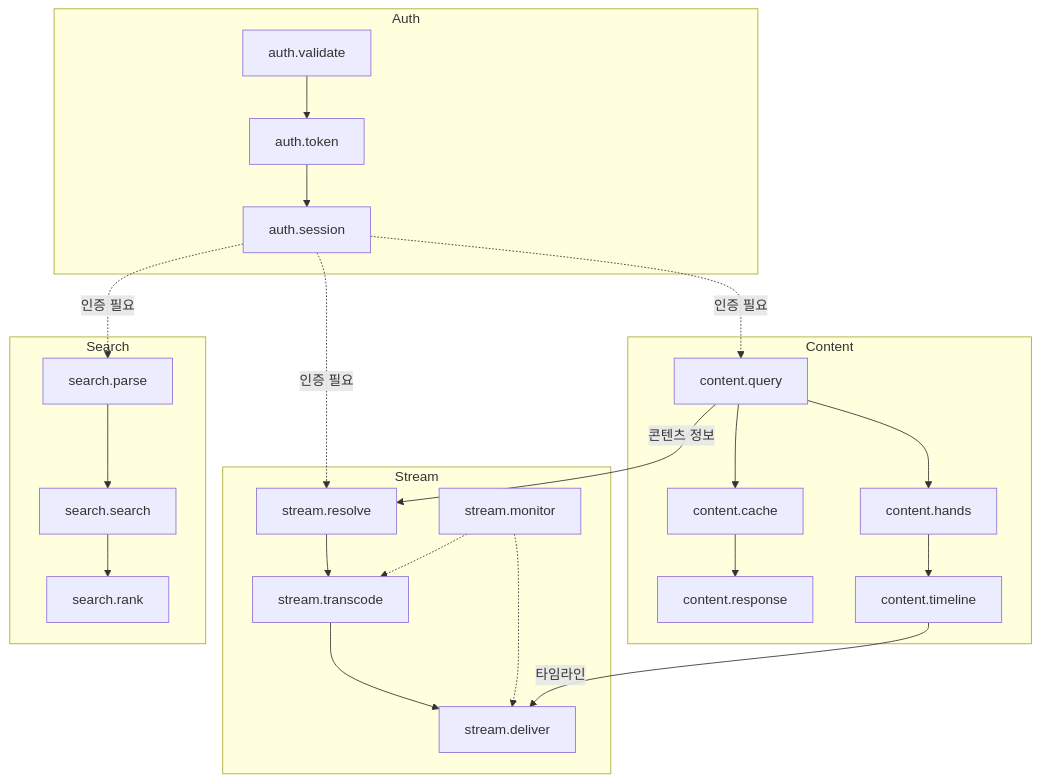
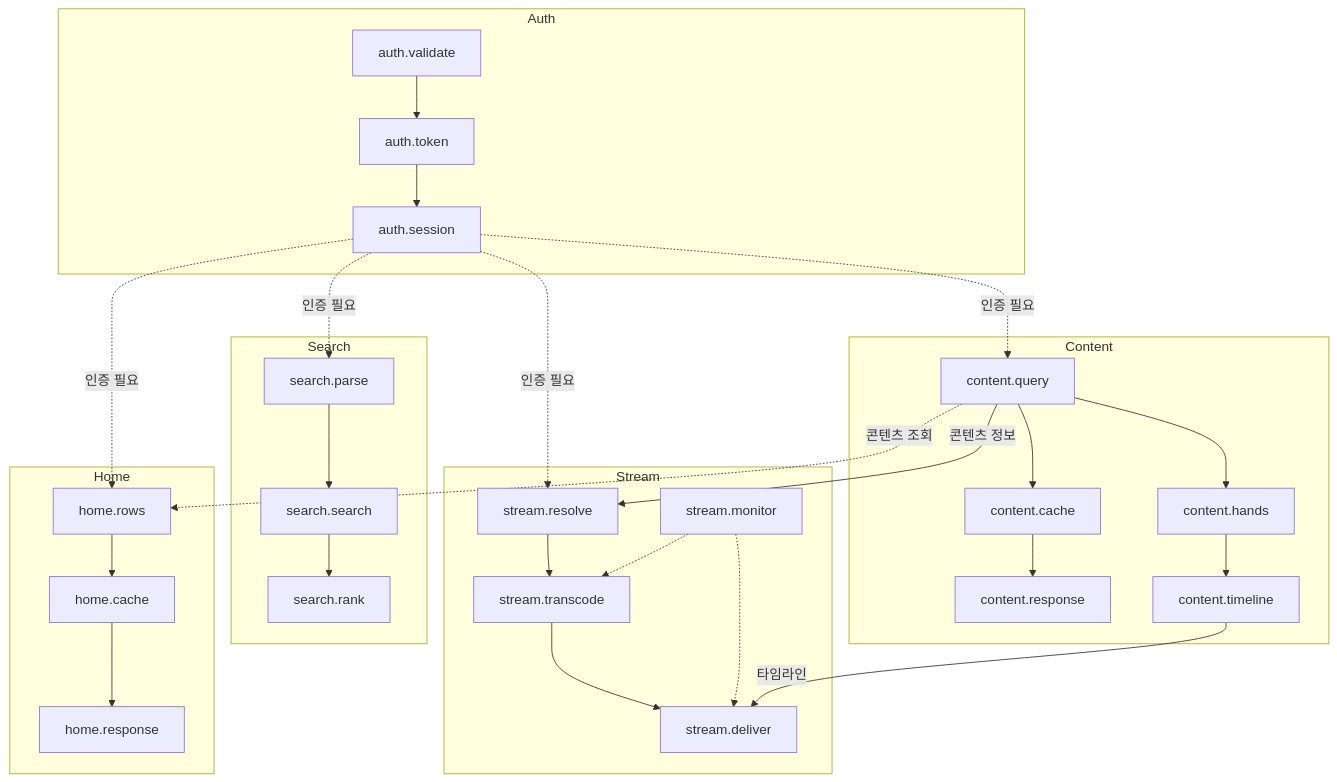
The first of 3 diagrams in docs/architecture/0001-block-agent-system.md (garimto81/wsoptv), drawn with Mermaid before and after one commit. The commit also changed other lines of this file and 9 other files, not shown here.

````diff
--- a/docs/architecture/0001-block-agent-system.md
+++ b/docs/architecture/0001-block-agent-system.md
@@ -336,33 +366,40 @@
 ```mermaid
 graph TD
     subgraph Auth
         AV[auth.validate] --> AT[auth.token]
         AT --> AS[auth.session]
     end
 
     subgraph Content
         CQ[content.query] --> CC[content.cache]
         CC --> CR[content.response]
         CQ --> CH[content.hands]
         CH --> CTL[content.timeline]
     end
 
     subgraph Stream
         SR[stream.resolve] --> ST[stream.transcode]
         ST --> SD[stream.deliver]
         SM[stream.monitor] -.-> ST
         SM -.-> SD
     end
 
     subgraph Search
         SP[search.parse] --> SS[search.search]
         SS --> SRK[search.rank]
     end
 
+    subgraph Home
+        HR[home.rows] --> HC[home.cache]
+        HC --> HRS[home.response]
+    end
+
     %% Cross-domain dependencies
     AS -.->|인증 필요| CQ
     AS -.->|인증 필요| SR
     AS -.->|인증 필요| SP
+    AS -.->|인증 필요| HR
     CQ -->|콘텐츠 정보| SR
     CTL -->|타임라인| SD
+    CQ -.->|콘텐츠 조회| HR
 ```
````
